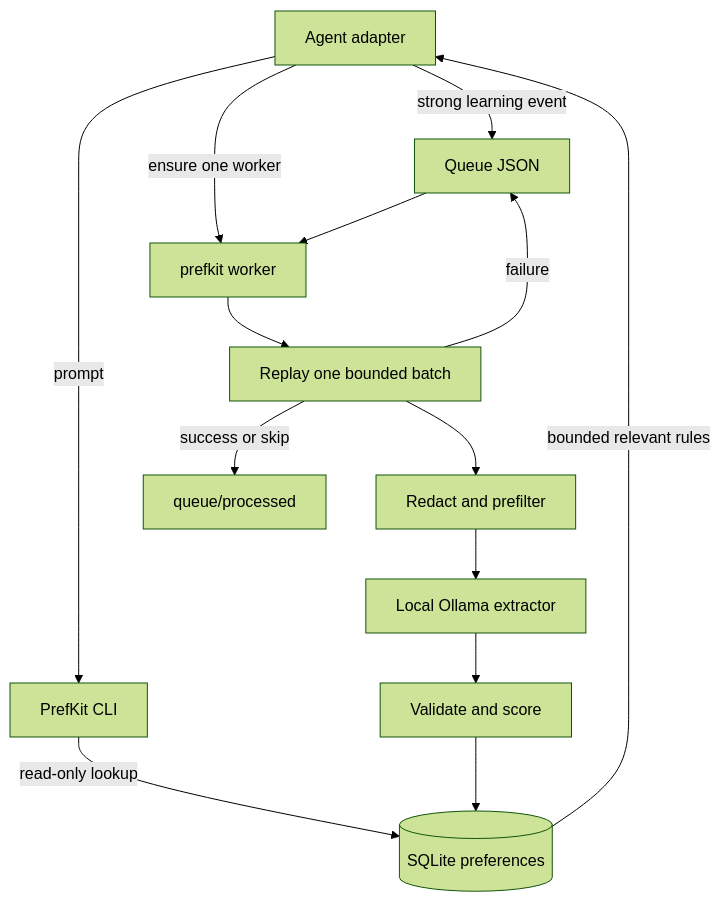
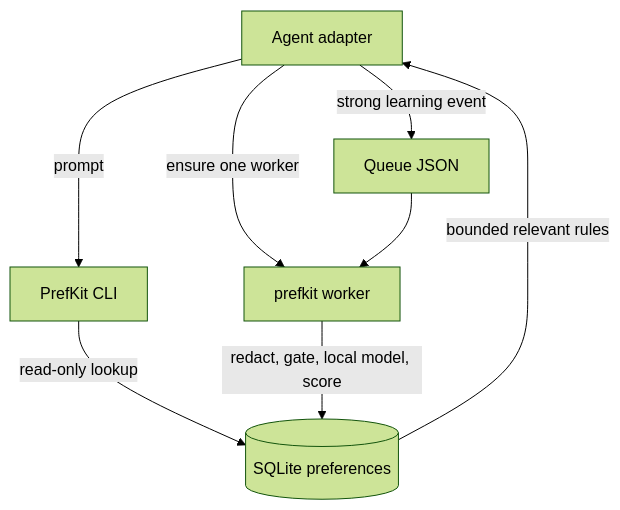
One commit to ashzero2/prefkit changed the diagram in README.md. Above: the diagram before and after it, drawn with Mermaid (forest theme). The commit also changed other lines of this file and 1 other file, not shown here.

````diff
--- a/README.md
+++ b/README.md
@@ -23,16 +77,10 @@
 ```mermaid
 flowchart TD
   A[Agent adapter] -->|prompt| B[PrefKit CLI]
   B -->|read-only lookup| C[(SQLite preferences)]
   C -->|bounded relevant rules| A
   A -->|strong learning event| Q[Queue JSON]
   A -->|ensure one worker| W[prefkit worker]
   Q --> W
-  W --> R[Replay one bounded batch]
-  R --> S[Redact and prefilter]
-  S --> L[Local Ollama extractor]
-  L --> V[Validate and score]
-  V --> C
-  R -->|success or skip| P[queue/processed]
-  R -->|failure| Q
+  W -->|redact, gate, local model, score| C
 ```
````
